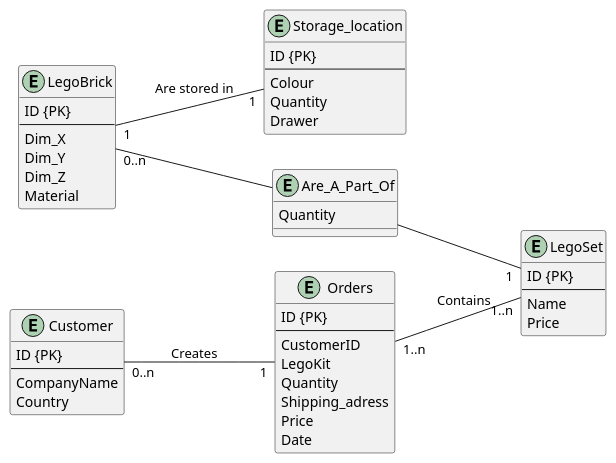
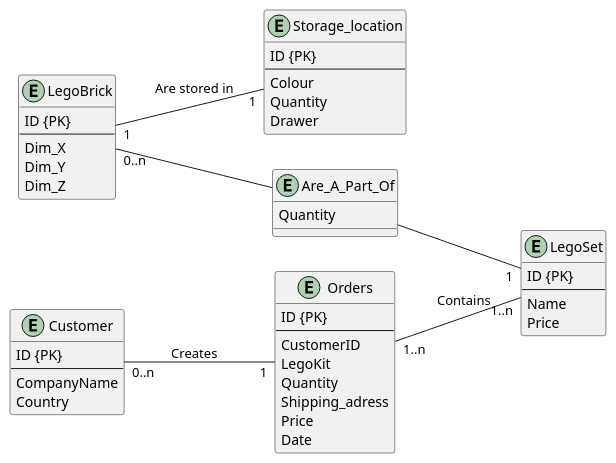
Before and after one commit to s02blom/LegoWebStore: the diagram in figures/ER-diagram.plantuml, drawn with PlantUML.

Commit message:
Removed line in the ER Diagram that was incorrect

```diff
--- a/figures/ER-diagram.plantuml
+++ b/figures/ER-diagram.plantuml
@@ -1,57 +1,56 @@
 @startuml ER-diagram
 left to right direction
 
 
 entity LegoBrick{
     ID {PK}
     --
     Dim_X
     Dim_Y
     Dim_Z
-    Material
 }
 
 entity Storage_location{
     ID {PK}
     --
     Colour
     Quantity
     Drawer
 }
 
 entity LegoSet{
     ID {PK}
     --
     Name
     Price
 }
 
 entity Customer{
     ID {PK}
     --
     CompanyName
     Country
 }
 
 entity Orders{
     ID {PK}
     --
     CustomerID
     LegoKit
     Quantity
     Shipping_adress
     Price
     Date
 }
 
 entity Are_A_Part_Of{
     Quantity
 }
 
 LegoBrick "0..n" --  Are_A_Part_Of
 Are_A_Part_Of -- "1" LegoSet
 LegoBrick "1" -- "1" Storage_location : Are stored in
 
 Customer "0..n" -- "1" Orders : Creates
 Orders "1..n" -- "1..n" LegoSet : Contains
 @enduml
```
